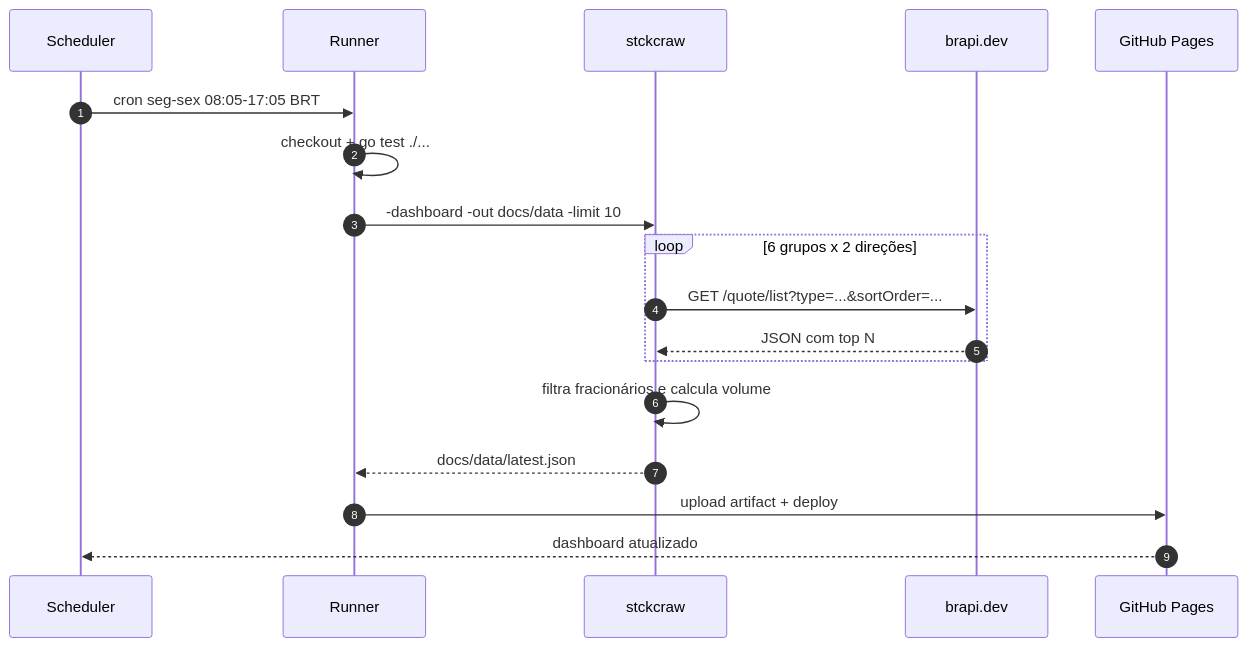
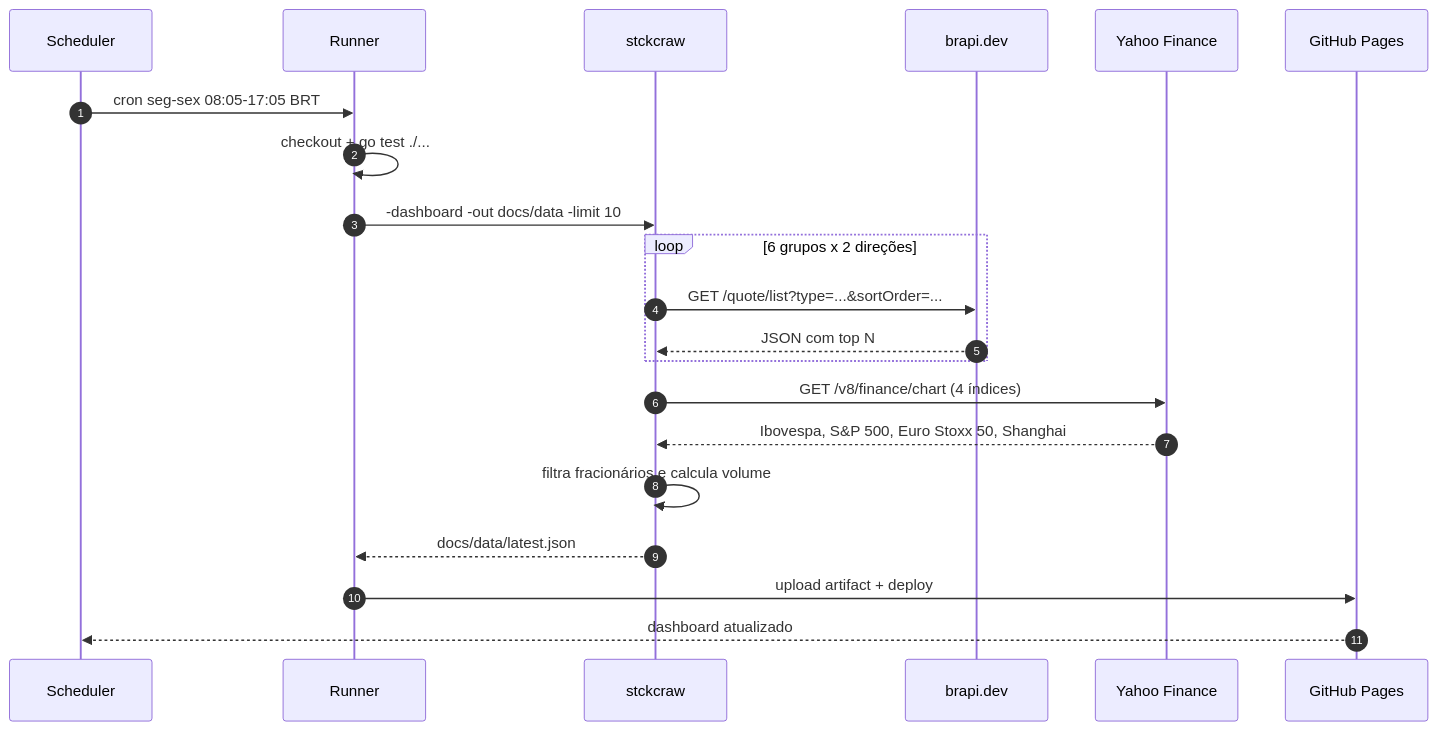
Before and after one commit to fabianoflorentino/stckcraw: the fourth of 8 diagrams in docs/architecture.md, drawn with Mermaid. The commit also changed other lines of this file and 10 other files, not shown here.

````diff
--- a/docs/architecture.md
+++ b/docs/architecture.md
@@ -79,21 +87,24 @@
 ```mermaid
 sequenceDiagram
   autonumber
   participant S as Scheduler
   participant R as Runner
   participant C as stckcraw
   participant B as brapi.dev
+  participant Y as Yahoo Finance
   participant P as GitHub Pages
 
   S->>R: cron seg-sex 08:05-17:05 BRT
   R->>R: checkout + go test ./...
   R->>C: -dashboard -out docs/data -limit 10
   loop 6 grupos x 2 direções
     C->>B: GET /quote/list?type=...&sortOrder=...
     B-->>C: JSON com top N
   end
+  C->>Y: GET /v8/finance/chart (4 índices)
+  Y-->>C: Ibovespa, S&P 500, Euro Stoxx 50, Shanghai
   C->>C: filtra fracionários e calcula volume
   C-->>R: docs/data/latest.json
   R->>P: upload artifact + deploy
   P-->>S: dashboard atualizado
 ```
````
